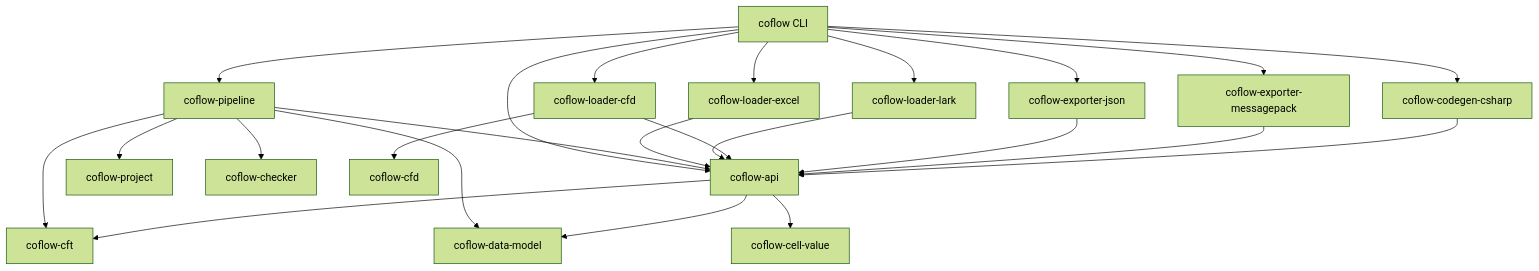
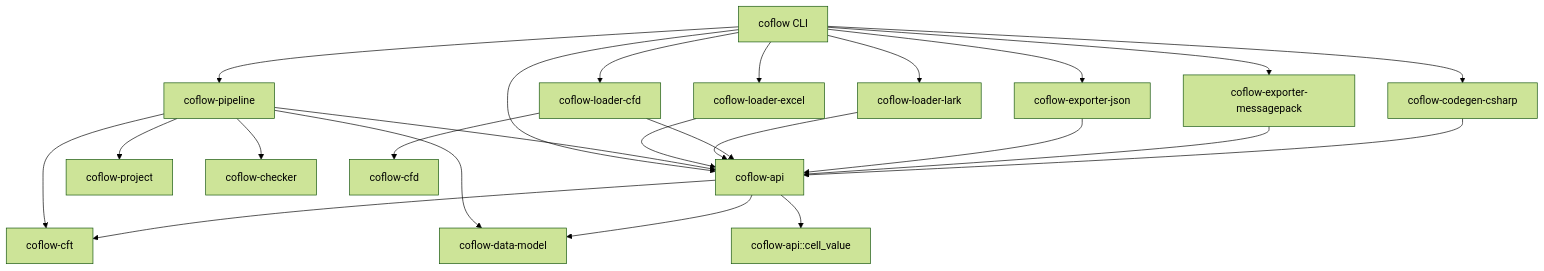
The third of 3 diagrams in docs/superpowers/plans/2026-06-18-provider-registry-migration.md (Puring103/coflow), drawn with Mermaid (forest theme) before and after one commit. The commit also changed other lines of this file and 10 other files, not shown here.

Commit message:
refactor: fold cell value parser into api

````diff
--- a/docs/superpowers/plans/2026-06-18-provider-registry-migration.md
+++ b/docs/superpowers/plans/2026-06-18-provider-registry-migration.md
@@ -970,29 +970,29 @@
 ```mermaid
 graph TD
   CLI["coflow CLI"] --> Pipeline["coflow-pipeline"]
   CLI --> Api["coflow-api"]
   CLI --> Excel["coflow-loader-excel"]
   CLI --> Lark["coflow-loader-lark"]
   CLI --> CfdLoader["coflow-loader-cfd"]
   CLI --> Json["coflow-exporter-json"]
   CLI --> Msgpack["coflow-exporter-messagepack"]
   CLI --> Csharp["coflow-codegen-csharp"]
 
   Pipeline --> Api
   Pipeline --> Project["coflow-project"]
   Pipeline --> Checker["coflow-checker"]
   Pipeline --> DataModel["coflow-data-model"]
   Pipeline --> Cft["coflow-cft"]
 
   Excel --> Api
   Lark --> Api
   CfdLoader --> Api
   Json --> Api
   Msgpack --> Api
   Csharp --> Api
 
   CfdLoader --> Cfd["coflow-cfd"]
   Api --> Cft
   Api --> DataModel
-  Api --> CellValue["coflow-cell-value"]
+  Api --> CellValue["coflow-api::cell_value"]
 ```
````
